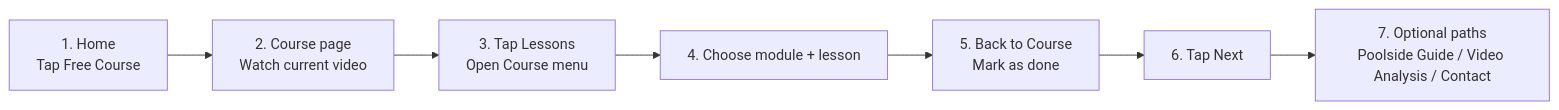
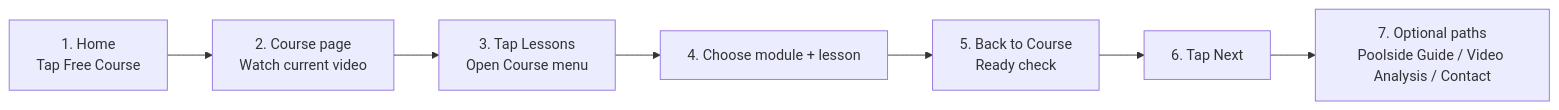
The second of 2 diagrams in docs/user-flow-map.md (stianvikra/freeswimming), drawn with Mermaid before and after one commit. The commit also changed other lines of this file and 10 other files, not shown here.

````diff
--- a/docs/user-flow-map.md
+++ b/docs/user-flow-map.md
@@ -41,9 +41,9 @@
 ```mermaid
 flowchart LR
   S1[1. Home<br/>Tap Free Course] --> S2[2. Course page<br/>Watch current video]
   S2 --> S3[3. Tap Lessons<br/>Open Course menu]
   S3 --> S4[4. Choose module + lesson]
-  S4 --> S5[5. Back to Course<br/>Mark as done]
+  S4 --> S5[5. Back to Course<br/>Ready check]
   S5 --> S6[6. Tap Next]
   S6 --> S7[7. Optional paths<br/>Poolside Guide / Video Analysis / Contact]
 ```
````
